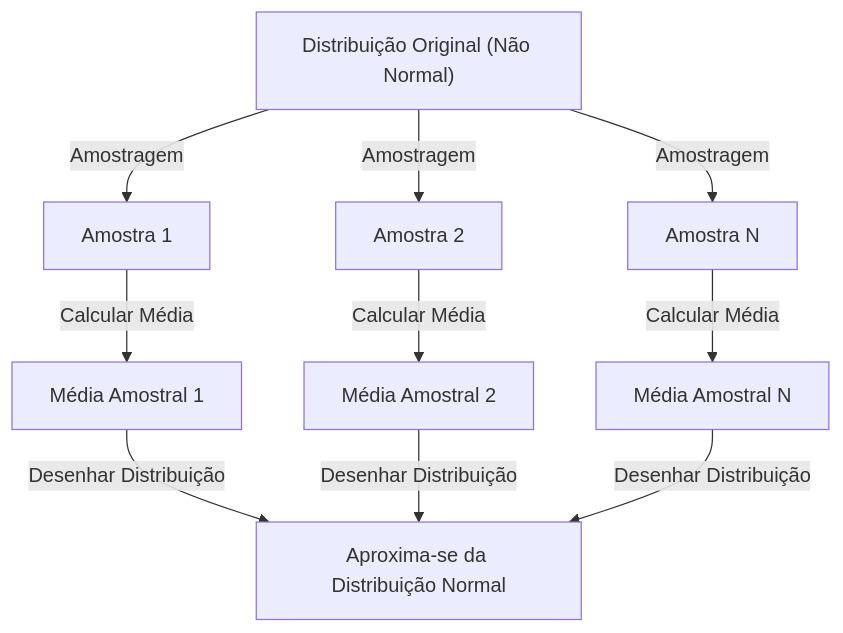
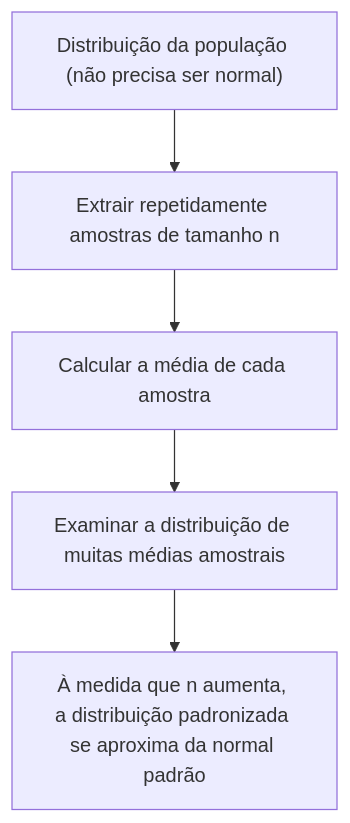
One commit to kenjinote/blog changed the diagram in content/post/central-limit-theorem/index.pt.md. Above: the diagram before and after it, drawn with Mermaid. The commit also changed other lines of this file and 15 other files, not shown here.

````diff
--- a/content/post/central-limit-theorem/index.pt.md
+++ b/content/post/central-limit-theorem/index.pt.md
@@ -44,12 +44,7 @@
 ```mermaid
 graph TD
-    A["Distribuição Original (Não Normal)"] -->|"Amostragem"| B["Amostra 1"]
-    A -->|"Amostragem"| C["Amostra 2"]
-    A -->|"Amostragem"| D["Amostra N"]
-    B -->|"Calcular Média"| E["Média Amostral 1"]
-    C -->|"Calcular Média"| F["Média Amostral 2"]
-    D -->|"Calcular Média"| G["Média Amostral N"]
-    E -->|"Desenhar Distribuição"| H["Aproxima-se da Distribuição Normal"]
-    F -->|"Desenhar Distribuição"| H
-    G -->|"Desenhar Distribuição"| H
+    A["Distribuição da população (não precisa ser normal)"] --> B["Extrair repetidamente amostras de tamanho n"]
+    B --> C["Calcular a média de cada amostra"]
+    C --> D["Examinar a distribuição de muitas médias amostrais"]
+    D --> E["À medida que n aumenta, a distribuição padronizada se aproxima da normal padrão"]
 ```
````
